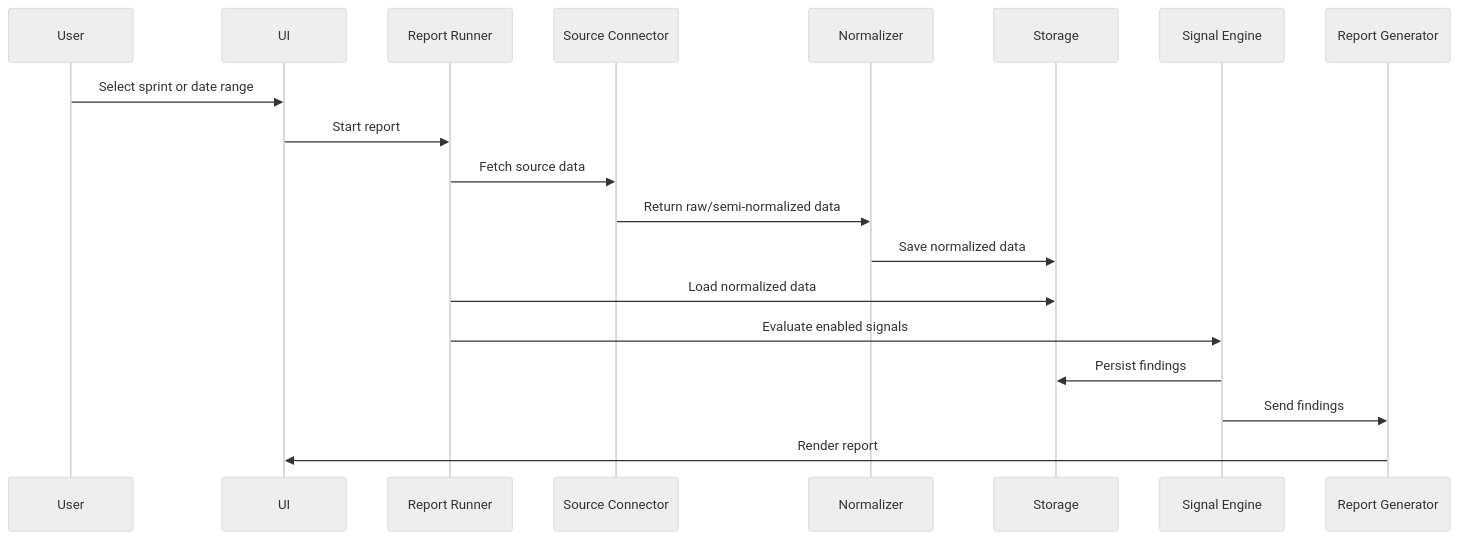
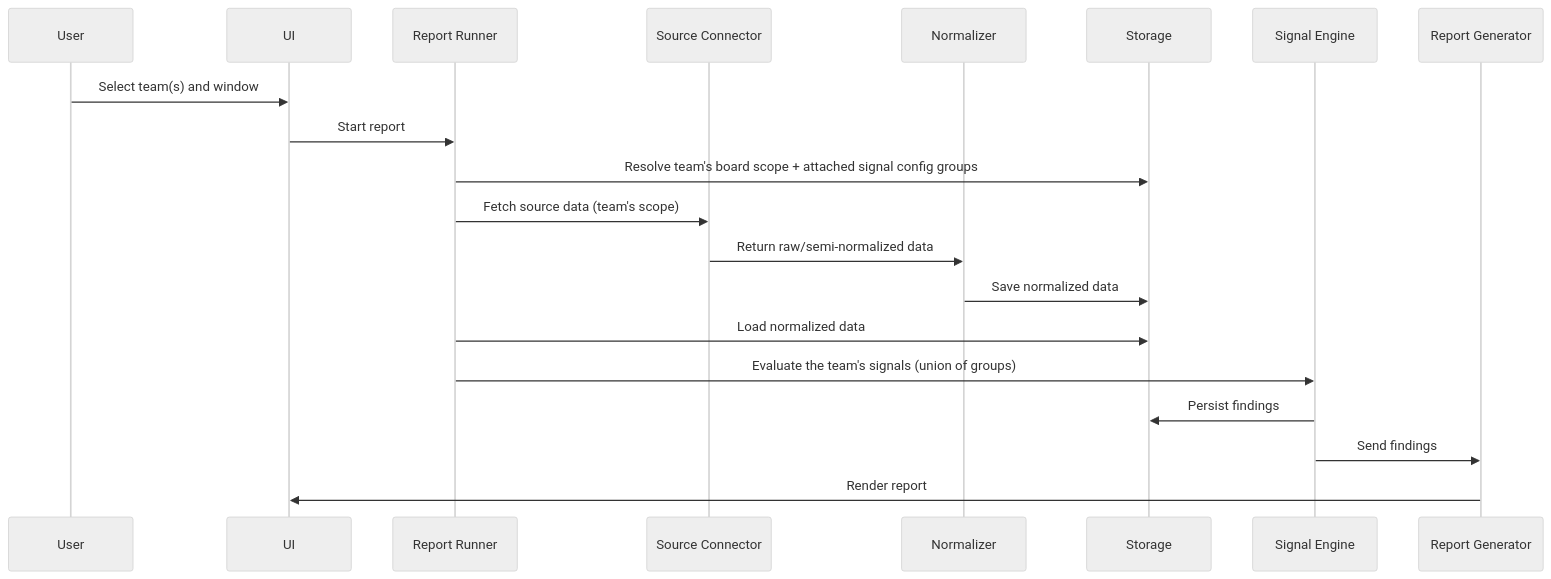
The second of 7 diagrams in docs/03-architecture-overview.md (serdartas/em-radar), drawn with Mermaid (neutral theme) before and after one commit. The commit also changed other lines of this file and 143 other files, not shown here.

First line of the commit message:
M3.4 - Connection & Team Source Model (#164)

````diff
--- a/docs/03-architecture-overview.md
+++ b/docs/03-architecture-overview.md
@@ -528,22 +532,23 @@
 ```mermaid
 sequenceDiagram
     participant User
     participant UI
     participant Runner as Report Runner
     participant Connector as Source Connector
     participant Normalizer
     participant Store as Storage
     participant Engine as Signal Engine
     participant Report as Report Generator
 
-    User->>UI: Select sprint or date range
+    User->>UI: Select team(s) and window
     UI->>Runner: Start report
-    Runner->>Connector: Fetch source data
+    Runner->>Store: Resolve team's board scope + attached signal config groups
+    Runner->>Connector: Fetch source data (team's scope)
     Connector->>Normalizer: Return raw/semi-normalized data
     Normalizer->>Store: Save normalized data
     Runner->>Store: Load normalized data
-    Runner->>Engine: Evaluate enabled signals
+    Runner->>Engine: Evaluate the team's signals (union of groups)
     Engine->>Store: Persist findings
     Engine->>Report: Send findings
     Report->>UI: Render report
 ```
````
